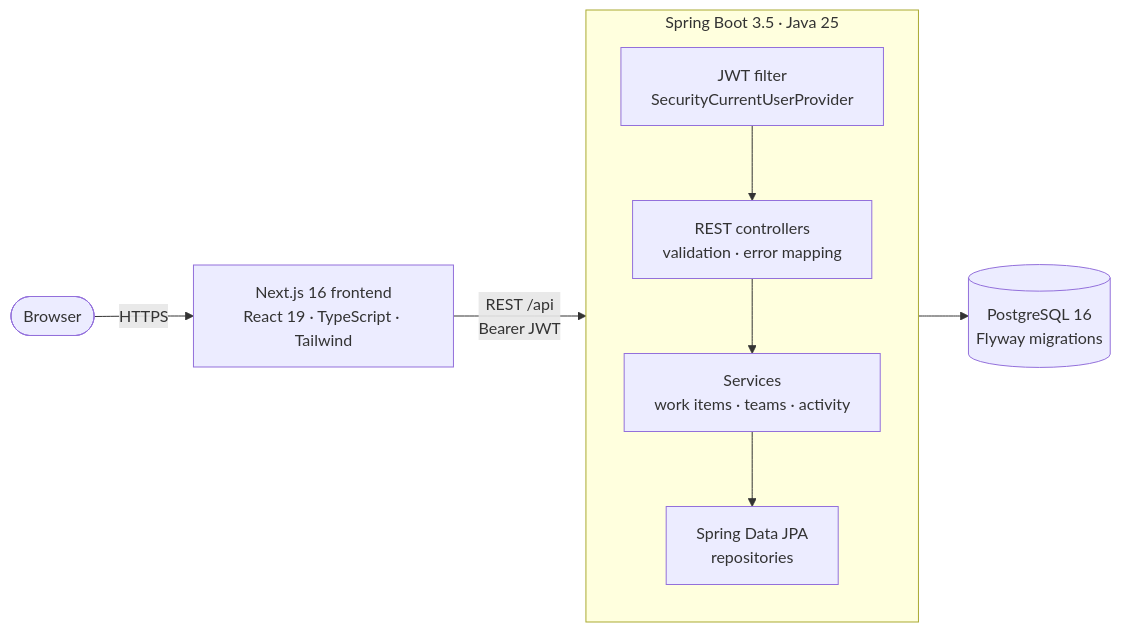
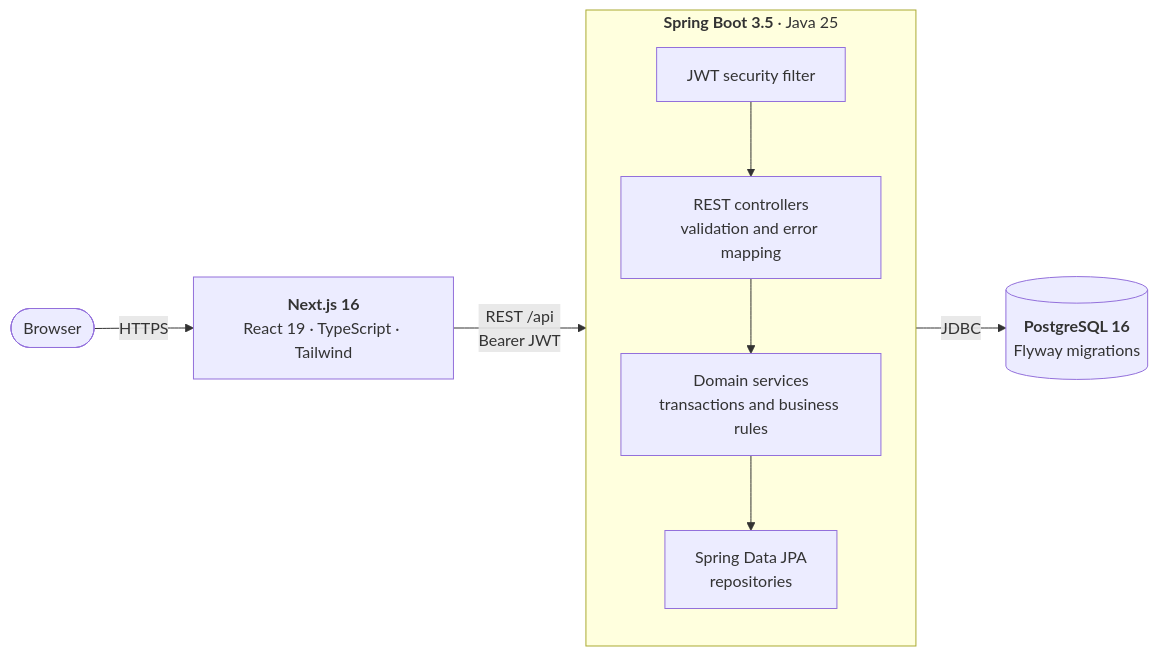
One commit to Navneet6050/Newtonie changed the third of 11 diagrams in README.md. Above: the diagram before and after it, drawn with Mermaid. The commit also changed other lines of this file and 2 other files, not shown here.

Commit message:
docs: refine project and architecture documentation

````diff
--- a/README.md
+++ b/README.md
@@ -136,14 +177,14 @@
 ```mermaid
 flowchart LR
-    U([Browser]) -->|HTTPS| FE["Next.js 16 frontend<br/>React 19 · TypeScript · Tailwind"]
+    U(["Browser"]) -->|"HTTPS"| FE["<b>Next.js 16</b><br/>React 19 · TypeScript · Tailwind"]
     FE -->|"REST /api<br/>Bearer JWT"| SEC
 
-    subgraph BE["Spring Boot 3.5 · Java 25"]
+    subgraph BE["<b>Spring Boot 3.5</b> · Java 25"]
         direction TB
-        SEC["JWT filter<br/>SecurityCurrentUserProvider"] --> CTRL["REST controllers<br/>validation · error mapping"]
-        CTRL --> SVC["Services<br/>work items · teams · activity"]
+        SEC["JWT security filter"] --> CTRL["REST controllers<br/>validation and error mapping"]
+        CTRL --> SVC["Domain services<br/>transactions and business rules"]
         SVC --> REPO["Spring Data JPA<br/>repositories"]
     end
 
-    REPO --> DB[("PostgreSQL 16<br/>Flyway migrations")]
+    REPO -->|"JDBC"| DB[("<b>PostgreSQL 16</b><br/>Flyway migrations")]
 ```
````
